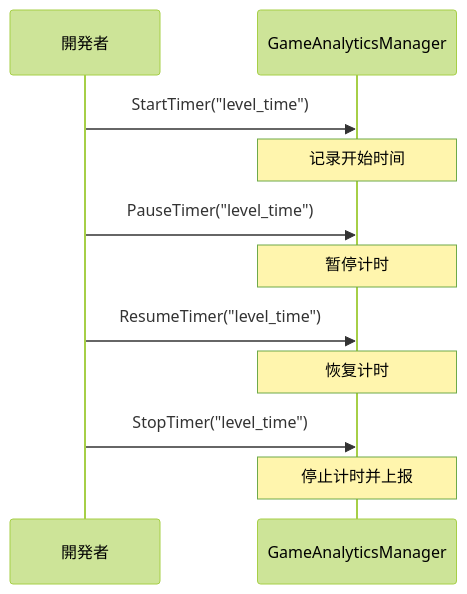
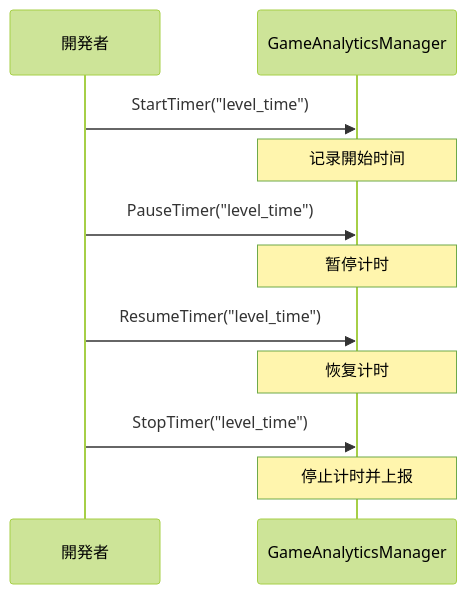
One commit to AlianBlank/GameFrameX.Docs changed the second of 3 diagrams in docs/ja/client/unity/component/gameanalytics/06.api-reference.md. Above: the diagram before and after it, drawn with Mermaid (forest theme). The commit also changed other lines of this file and 320 other files, not shown here.

````diff
--- a/docs/ja/client/unity/component/gameanalytics/06.api-reference.md
+++ b/docs/ja/client/unity/component/gameanalytics/06.api-reference.md
@@ -267,17 +267,17 @@
 ```mermaid
 sequenceDiagram
     participant Dev as 開発者
     participant GA as GameAnalyticsManager
     
     Dev->>GA: StartTimer("level_time")
-    Note over GA: 记录开始时间
+    Note over GA: 记录開始时间
     
     Dev->>GA: PauseTimer("level_time")
     Note over GA: 暂停计时
     
     Dev->>GA: ResumeTimer("level_time")
     Note over GA: 恢复计时
     
     Dev->>GA: StopTimer("level_time")
     Note over GA: 停止计时并上报
 ```
````
